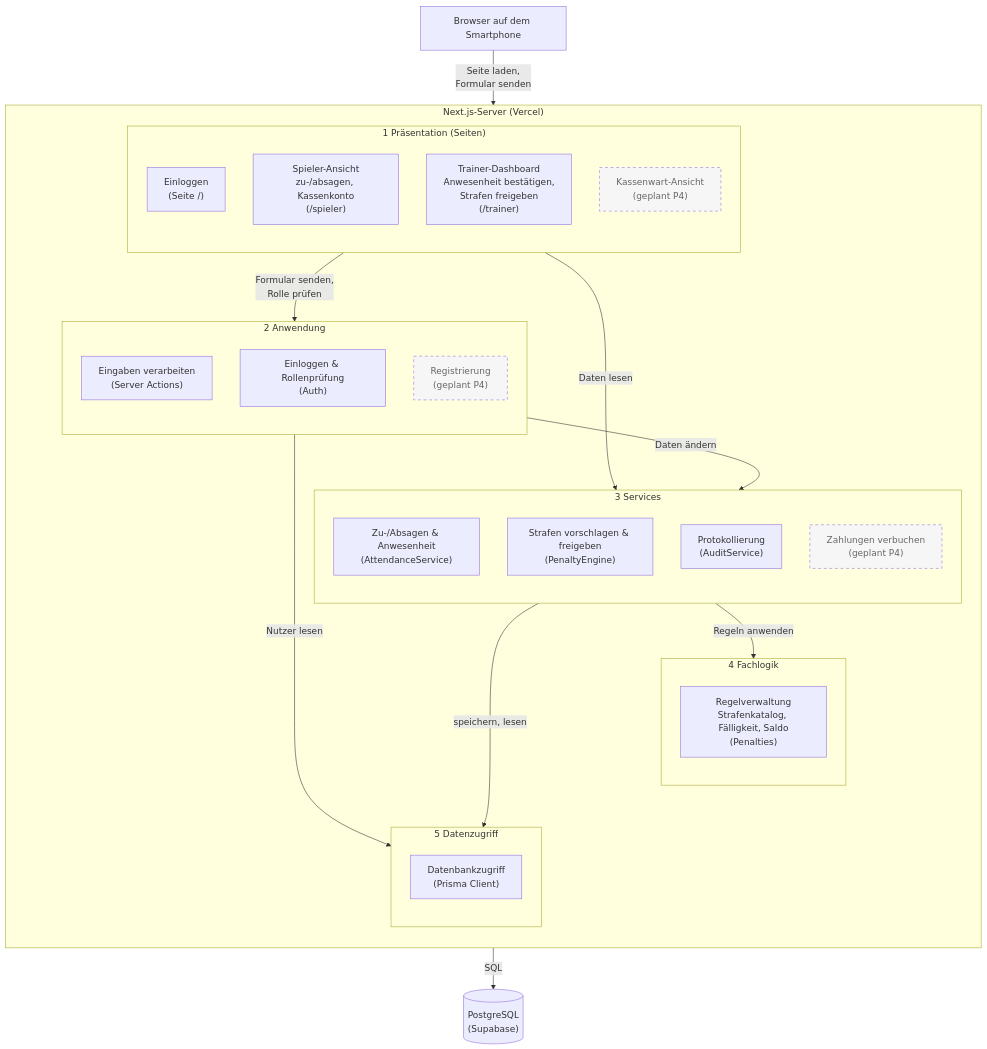
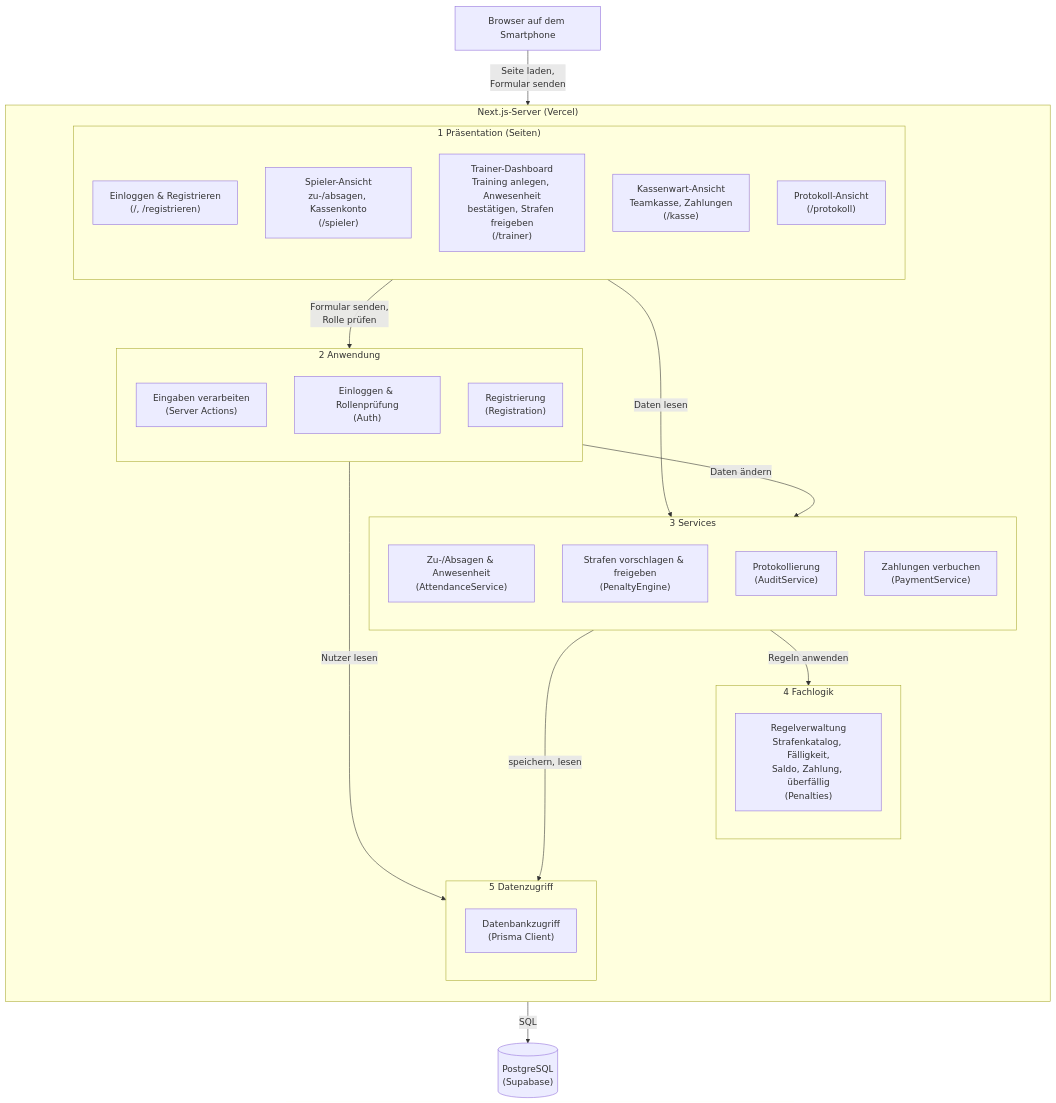
One commit to squadhq-team/squadhq-team changed the first of 2 diagrams in docs/architektur/komponenten.md. Above: the diagram before and after it, drawn with Mermaid. The commit also changed other lines of this file and 9 other files, not shown here.

First line of the commit message:
Diagramme, Namensliste, Traceability und Demo-Ablauf auf P4-Stand

````diff
--- a/docs/architektur/komponenten.md
+++ b/docs/architektur/komponenten.md
@@ -9,51 +9,50 @@
 ```mermaid
 flowchart TB
   B["Browser auf dem Smartphone"]
 
   subgraph Server["Next.js-Server (Vercel)"]
     direction TB
     subgraph S1["1 Präsentation (Seiten)"]
       direction TB
-      P_LOGIN["Einloggen<br/>(Seite /)"]
+      P_LOGIN["Einloggen & Registrieren<br/>(/, /registrieren)"]
       P_SP["Spieler-Ansicht<br/>zu-/absagen, Kassenkonto<br/>(/spieler)"]
-      P_TR["Trainer-Dashboard<br/>Anwesenheit bestätigen,<br/>Strafen freigeben<br/>(/trainer)"]
-      P_KW["Kassenwart-Ansicht<br/>(geplant P4)"]
+      P_TR["Trainer-Dashboard<br/>Training anlegen, Anwesenheit<br/>bestätigen, Strafen freigeben<br/>(/trainer)"]
+      P_KW["Kassenwart-Ansicht<br/>Teamkasse, Zahlungen<br/>(/kasse)"]
+      P_LOG["Protokoll-Ansicht<br/>(/protokoll)"]
     end
     subgraph S2["2 Anwendung"]
       direction TB
       ACT["Eingaben verarbeiten<br/>(Server Actions)"]
       AUTH["Einloggen & Rollenprüfung<br/>(Auth)"]
-      REG["Registrierung<br/>(geplant P4)"]
+      REG["Registrierung<br/>(Registration)"]
     end
     subgraph S3["3 Services"]
       direction TB
       ATT["Zu-/Absagen & Anwesenheit<br/>(AttendanceService)"]
       PEN["Strafen vorschlagen & freigeben<br/>(PenaltyEngine)"]
       AUD["Protokollierung<br/>(AuditService)"]
-      PAY["Zahlungen verbuchen<br/>(geplant P4)"]
+      PAY["Zahlungen verbuchen<br/>(PaymentService)"]
     end
     subgraph S4["4 Fachlogik"]
       direction TB
-      RULES["Regelverwaltung<br/>Strafenkatalog, Fälligkeit, Saldo<br/>(Penalties)"]
+      RULES["Regelverwaltung<br/>Strafenkatalog, Fälligkeit,<br/>Saldo, Zahlung, überfällig<br/>(Penalties)"]
     end
     subgraph S5["5 Datenzugriff"]
       direction TB
       ORM["Datenbankzugriff<br/>(Prisma Client)"]
     end
   end
 
   DB[("PostgreSQL<br/>(Supabase)")]
 
   B -- "Seite laden,<br/>Formular senden" --> S1
   S1 -- "Formular senden,<br/>Rolle prüfen" --> S2
   S1 -- "Daten lesen" --> S3
   S2 -- "Daten ändern" --> S3
   S2 -- "Nutzer lesen" --> S5
   S3 -- "Regeln anwenden" --> S4
   S3 -- "speichern, lesen" --> S5
   S5 -- "SQL" --> DB
   S4 ~~~ S5
 
-  classDef geplant stroke-dasharray: 5 5,fill:#f6f6f6,color:#666
-  class P_KW,REG,PAY geplant
 ```
````
